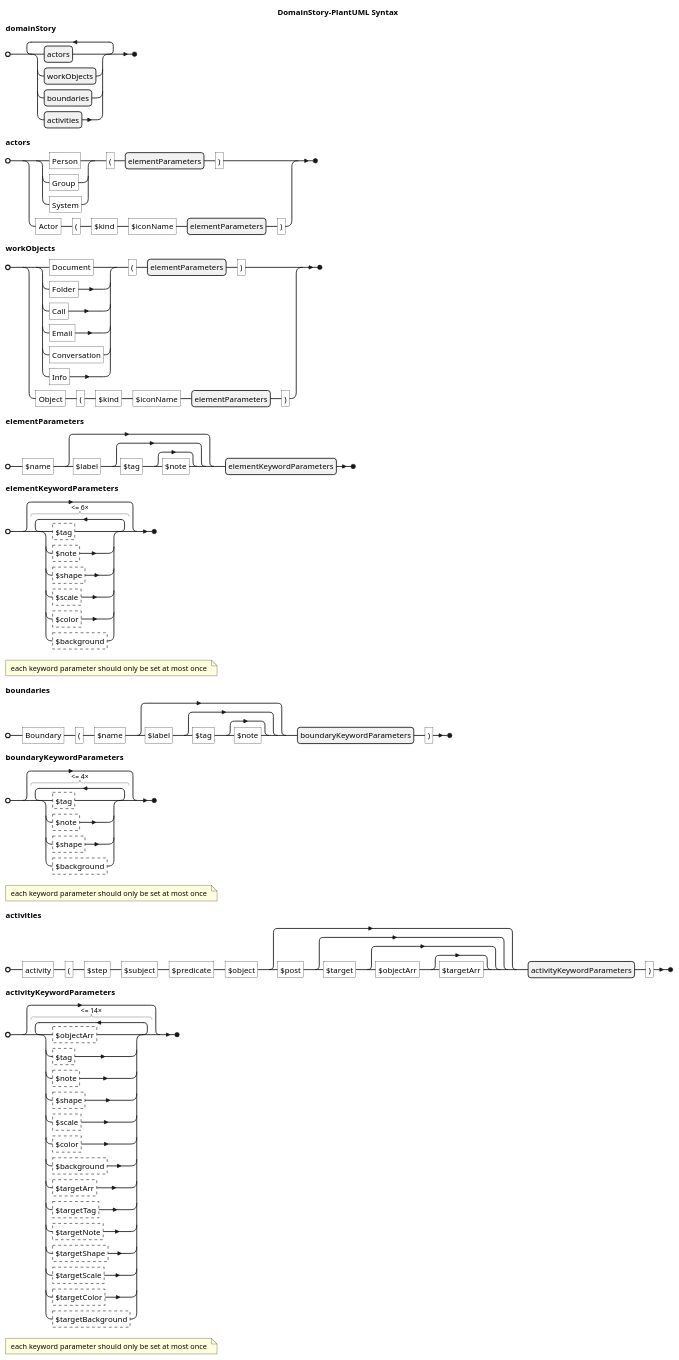
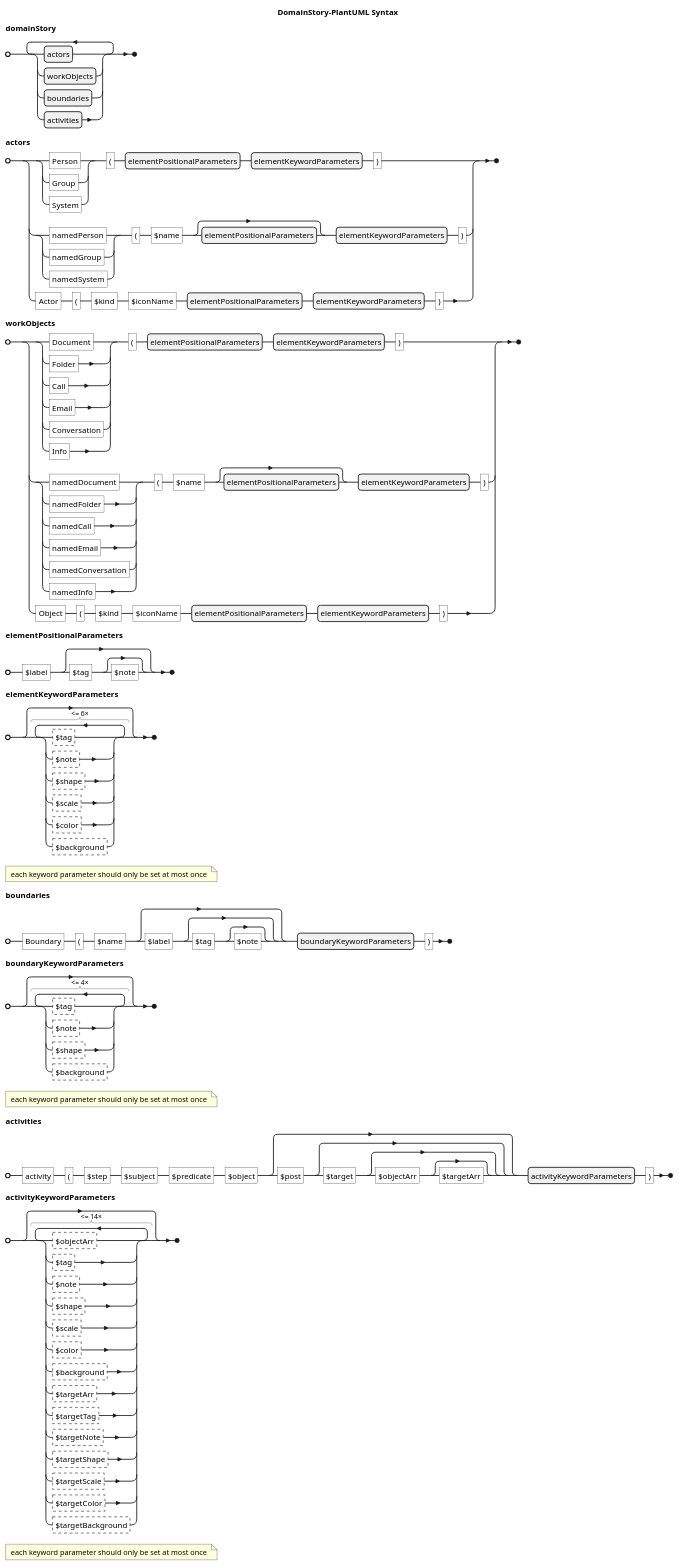
The diagram in docs/puml/macroSyntax.puml (johthor/DomainStory-PlantUML), drawn with PlantUML before and after one commit. The commit also changed 9 other files, not shown here.

```diff
--- a/docs/puml/macroSyntax.puml
+++ b/docs/puml/macroSyntax.puml
@@ -1,28 +1,30 @@
 @startebnf
 title DomainStory-PlantUML Syntax
 
 domainStory = { actors | workObjects | boundaries | activities }-;
 
-actors = ( ("Person" | "Group" | "System"), "(", elementParameters, ")" )
-    | ( "Actor", "(", "$kind", "$iconName", elementParameters, ")" );
+actors = ( ("Person" | "Group" | "System"), "(", elementPositionalParameters, elementKeywordParameters, ")" )
+    | ( ("namedPerson" | "namedGroup" | "namedSystem"), "(", "$name", [ elementPositionalParameters ], elementKeywordParameters, ")" )
+    | ( "Actor", "(", "$kind", "$iconName", elementPositionalParameters, elementKeywordParameters, ")" );
 
-workObjects = ( ("Document" | "Folder" | "Call" | "Email" | "Conversation" | "Info"), "(", elementParameters, ")" )
-    | ( "Object", "(", "$kind", "$iconName", elementParameters, ")" );
+workObjects = ( ("Document" | "Folder" | "Call" | "Email" | "Conversation" | "Info"), "(", elementPositionalParameters, elementKeywordParameters, ")" )
+    | ( ("namedDocument" | "namedFolder" | "namedCall" | "namedEmail" | "namedConversation" | "namedInfo"), "(", "$name", [ elementPositionalParameters ], elementKeywordParameters, ")" )
+    | ( "Object", "(", "$kind", "$iconName", elementPositionalParameters, elementKeywordParameters, ")" );
 
-elementParameters = "$name",[ "$label", ["$tag", ["$note"] ] ], elementKeywordParameters;
+elementPositionalParameters = "$label", ["$tag", ["$note"] ];
 
 elementKeywordParameters = [ "<= 6" * ( ?$tag? | ?$note? | ?$shape? | ?$scale? | ?$color? | ?$background? ) ];
 (* each keyword parameter should only be set at most once *)
 
 boundaries = "Boundary", "(", "$name", [ "$label", ["$tag", ["$note"] ] ], boundaryKeywordParameters, ")";
 
 boundaryKeywordParameters = [ "<= 4" * ( ?$tag? | ?$note? | ?$shape? | ?$background? ) ];
 (* each keyword parameter should only be set at most once *)
 
 activities = "activity", "(", "$step", "$subject", "$predicate", "$object",\
     [ "$post", ["$target", [ "$objectArr", ["$targetArr"] ] ] ], activityKeywordParameters,")";
 
 activityKeywordParameters = [ "<= 14" * ( ?$objectArr? |?$tag? | ?$note? | ?$shape? | ?$scale? | ?$color? | ?$background?
     | ?$targetArr? | ?$targetTag? | ?$targetNote? | ?$targetShape? | ?$targetScale? | ?$targetColor? | ?$targetBackground? ) ];
 (* each keyword parameter should only be set at most once *)
 @endebnf
```
